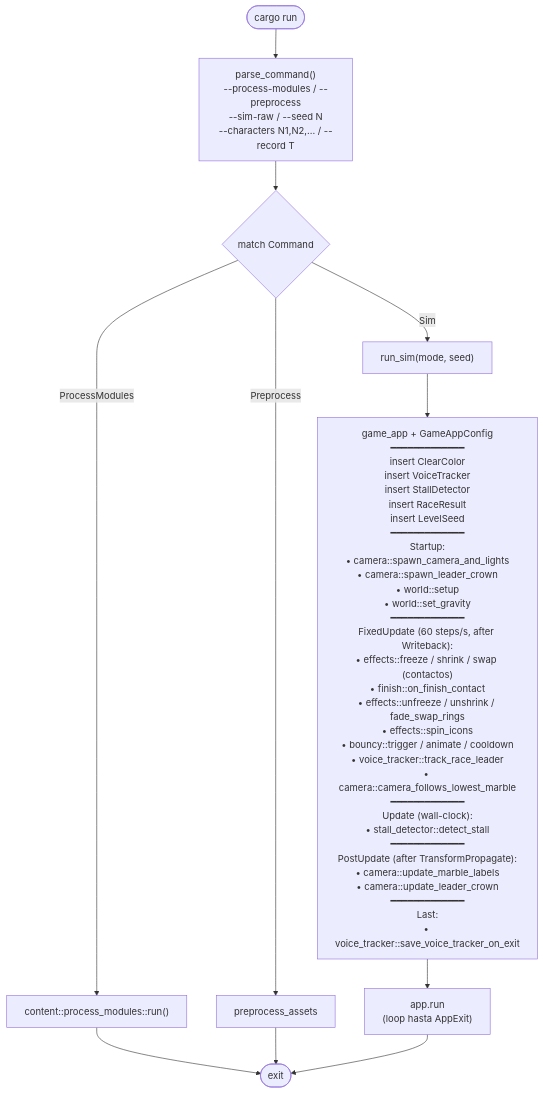
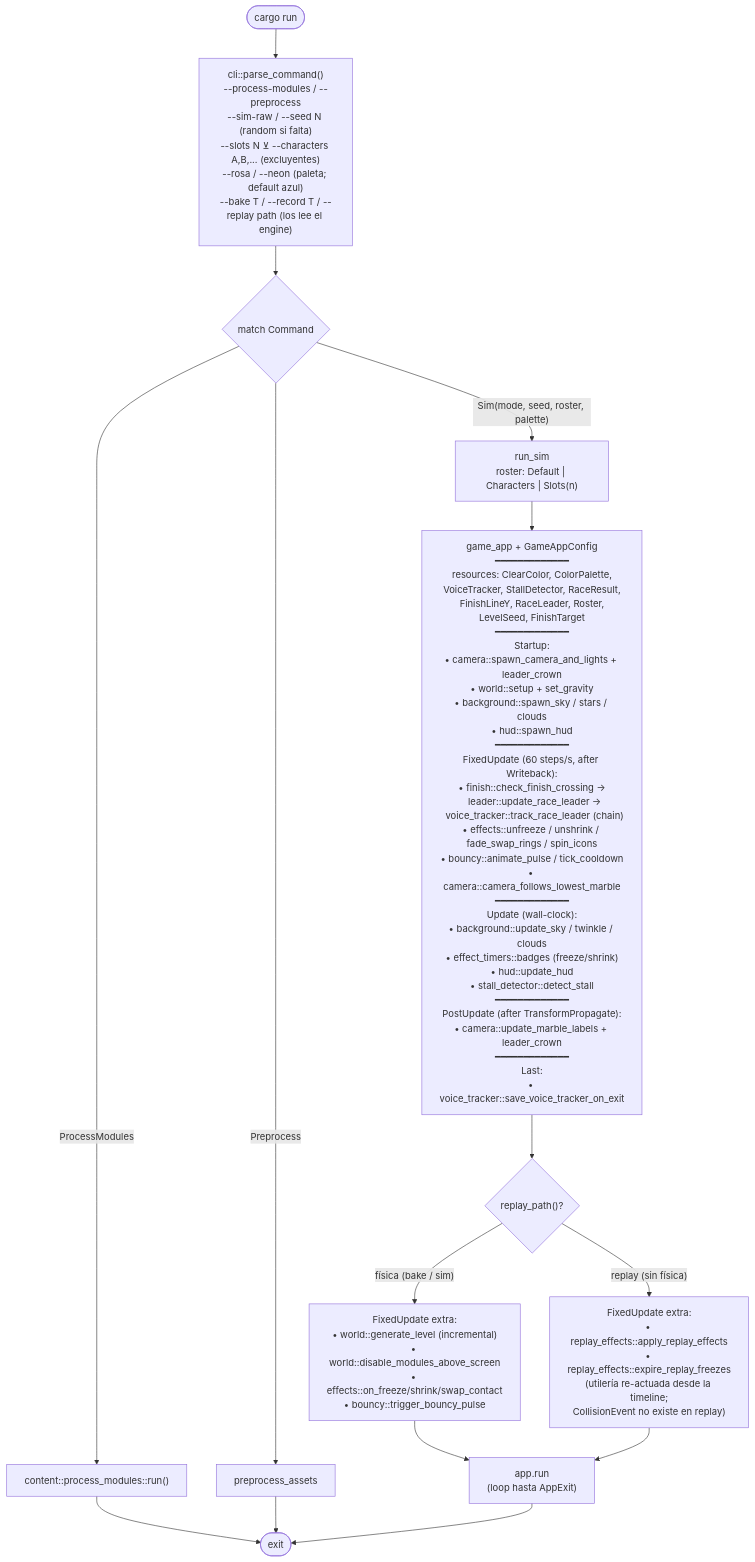
One commit to jesusgomeznuz/canicasbrawl-rapier changed the first of 5 diagrams in docs/flow.md. Above: the diagram before and after it, drawn with Mermaid. The commit also changed other lines of this file and 10 other files, not shown here.

First line of the commit message:
refactor: main.rs se reduce a router puro — args/simulation/process_modules

````diff
--- a/docs/flow.md
+++ b/docs/flow.md
@@ -7,15 +7,20 @@
 ```mermaid
 flowchart TD
-    Start([cargo run]) --> Parse["parse_command()<br/>--process-modules / --preprocess<br/>--sim-raw / --seed N<br/>--characters N1,N2,... / --record T"]
+    Start([cargo run]) --> Parse["cli::parse_command()<br/>--process-modules / --preprocess<br/>--sim-raw / --seed N (random si falta)<br/>--slots N ⊻ --characters A,B,... (excluyentes)<br/>--rosa / --neon (paleta; default azul)<br/>--bake T / --record T / --replay path (los lee el engine)"]
     Parse --> Match{match Command}
     Match -- ProcessModules --> Content["content::process_modules::run()"]
     Match -- Preprocess --> Pre["preprocess_assets"]
-    Match -- Sim --> Sim["run_sim(mode, seed)"]
+    Match -- "Sim(mode, seed, roster, palette)" --> Sim["run_sim<br/>roster: Default | Characters | Slots(n)"]
 
-    Sim --> SimDetail["game_app + GameAppConfig<br/>━━━━━━━━━━━━━<br/>insert ClearColor<br/>insert VoiceTracker<br/>insert StallDetector<br/>insert RaceResult<br/>insert LevelSeed<br/>━━━━━━━━━━━━━<br/>Startup:<br/>• camera::spawn_camera_and_lights<br/>• camera::spawn_leader_crown<br/>• world::setup<br/>• world::set_gravity<br/>━━━━━━━━━━━━━<br/>FixedUpdate (60 steps/s, after Writeback):<br/>• effects::freeze / shrink / swap (contactos)<br/>• finish::on_finish_contact<br/>• effects::unfreeze / unshrink / fade_swap_rings<br/>• effects::spin_icons<br/>• bouncy::trigger / animate / cooldown<br/>• voice_tracker::track_race_leader<br/>• camera::camera_follows_lowest_marble<br/>━━━━━━━━━━━━━<br/>Update (wall-clock):<br/>• stall_detector::detect_stall<br/>━━━━━━━━━━━━━<br/>PostUpdate (after TransformPropagate):<br/>• camera::update_marble_labels<br/>• camera::update_leader_crown<br/>━━━━━━━━━━━━━<br/>Last:<br/>• voice_tracker::save_voice_tracker_on_exit"]
+    Sim --> SimDetail["game_app + GameAppConfig<br/>━━━━━━━━━━━━━<br/>resources: ClearColor, ColorPalette,<br/>VoiceTracker, StallDetector, RaceResult,<br/>FinishLineY, RaceLeader, Roster,<br/>LevelSeed, FinishTarget<br/>━━━━━━━━━━━━━<br/>Startup:<br/>• camera::spawn_camera_and_lights + leader_crown<br/>• world::setup + set_gravity<br/>• background::spawn_sky / stars / clouds<br/>• hud::spawn_hud<br/>━━━━━━━━━━━━━<br/>FixedUpdate (60 steps/s, after Writeback):<br/>• finish::check_finish_crossing →<br/>&nbsp;&nbsp;leader::update_race_leader →<br/>&nbsp;&nbsp;voice_tracker::track_race_leader (chain)<br/>• effects::unfreeze / unshrink / fade_swap_rings / spin_icons<br/>• bouncy::animate_pulse / tick_cooldown<br/>• camera::camera_follows_lowest_marble<br/>━━━━━━━━━━━━━<br/>Update (wall-clock):<br/>• background::update_sky / twinkle / clouds<br/>• effect_timers::badges (freeze/shrink)<br/>• hud::update_hud<br/>• stall_detector::detect_stall<br/>━━━━━━━━━━━━━<br/>PostUpdate (after TransformPropagate):<br/>• camera::update_marble_labels + leader_crown<br/>━━━━━━━━━━━━━<br/>Last:<br/>• voice_tracker::save_voice_tracker_on_exit"]
+
+    SimDetail --> Branch{"replay_path()?"}
+    Branch -- "física (bake / sim)" --> Fisica["FixedUpdate extra:<br/>• world::generate_level (incremental)<br/>• world::disable_modules_above_screen<br/>• effects::on_freeze/shrink/swap_contact<br/>• bouncy::trigger_bouncy_pulse"]
+    Branch -- "replay (sin física)" --> Replay["FixedUpdate extra:<br/>• replay_effects::apply_replay_effects<br/>• replay_effects::expire_replay_freezes<br/>(utilería re-actuada desde la timeline;<br/>CollisionEvent no existe en replay)"]
 
     Content --> End([exit])
     Pre --> End
-    SimDetail --> Loop["app.run<br/>(loop hasta AppExit)"]
+    Fisica --> Loop["app.run<br/>(loop hasta AppExit)"]
+    Replay --> Loop
     Loop --> End
 ```
````
